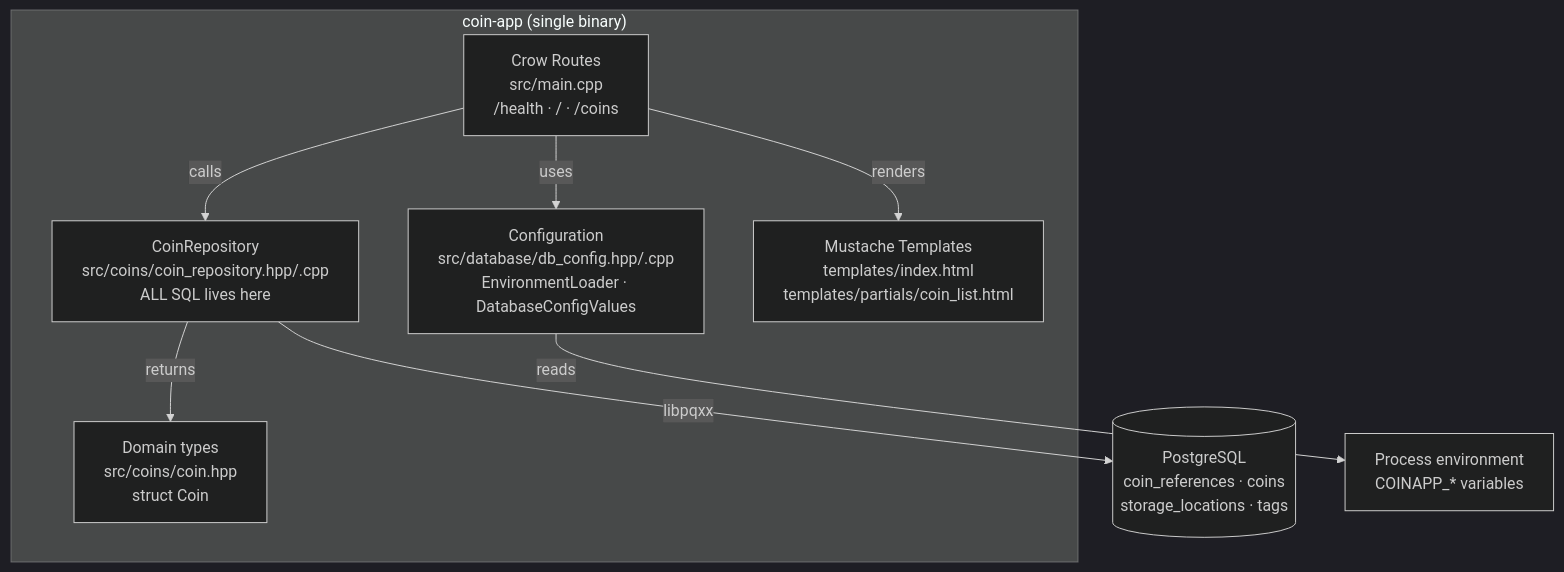
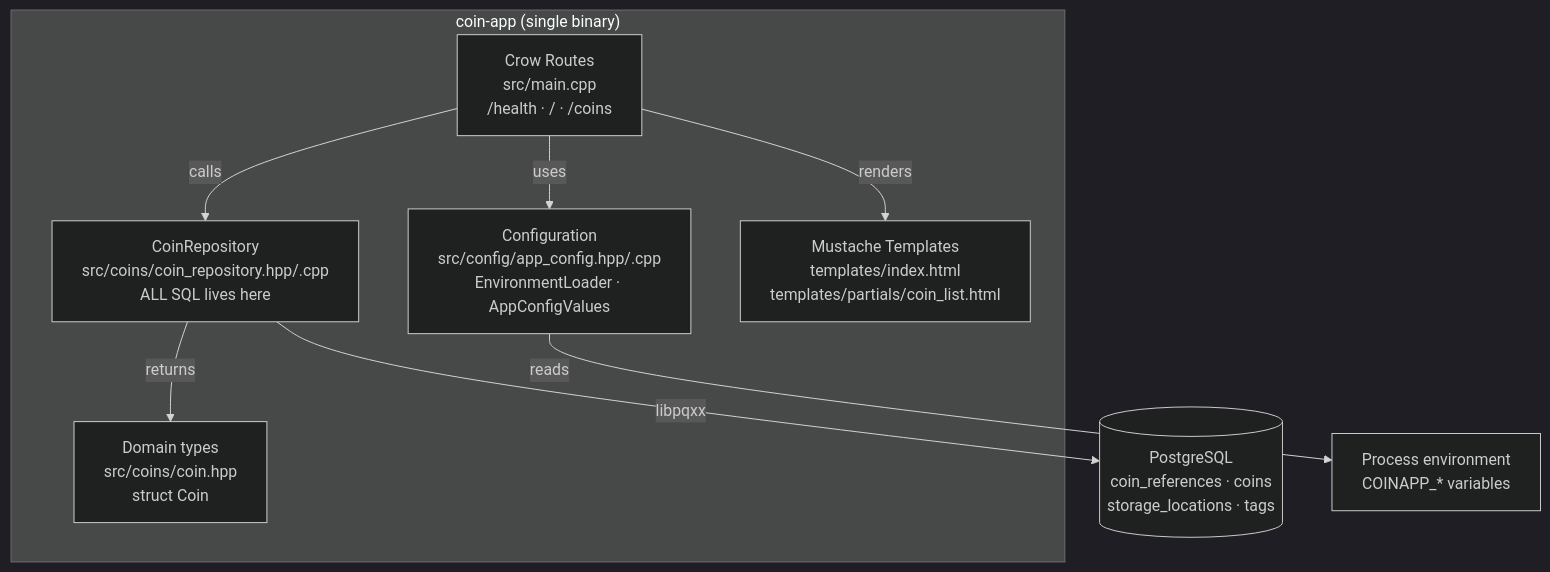
One commit to MBartsch71/coin-app changed the second of 4 diagrams in docs/arc42.md. Above: the diagram before and after it, drawn with Mermaid (dark theme). The commit also changed other lines of this file and 2 other files, not shown here.

````diff
--- a/docs/arc42.md
+++ b/docs/arc42.md
@@ -104,19 +104,19 @@
 ```mermaid
 flowchart TB
     subgraph CoinApp["coin-app (single binary)"]
         Routes["Crow Routes<br/>src/main.cpp<br/>/health · / · /coins"]
-        Config["Configuration<br/>src/database/db_config.hpp/.cpp<br/>EnvironmentLoader · DatabaseConfigValues"]
+        Config["Configuration<br/>src/config/app_config.hpp/.cpp<br/>EnvironmentLoader · AppConfigValues"]
         Repo["CoinRepository<br/>src/coins/coin_repository.hpp/.cpp<br/>ALL SQL lives here"]
         Domain["Domain types<br/>src/coins/coin.hpp<br/>struct Coin"]
         Tpl["Mustache Templates<br/>templates/index.html<br/>templates/partials/coin_list.html"]
     end
     DB[("PostgreSQL<br/>coin_references · coins<br/>storage_locations · tags")]
     Env["Process environment<br/>COINAPP_* variables"]
 
     Routes -->|"uses"| Config
     Routes -->|"calls"| Repo
     Repo -->|"returns"| Domain
     Repo -->|"libpqxx"| DB
     Routes -->|"renders"| Tpl
     Config -->|"reads"| Env
 ```
````
